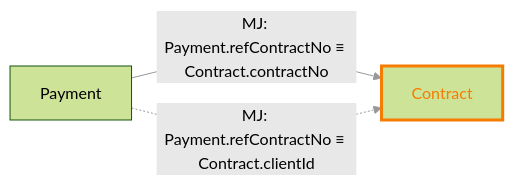
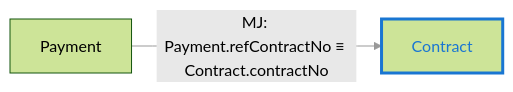
Before and after one commit to LIngcheng-zeng/classRelation: the seventh of 9 diagrams in classRelationTestCode.md, drawn with Mermaid (forest theme). The commit also changed other lines of this file and 1 other file, not shown here.

````diff
--- a/classRelationTestCode.md
+++ b/classRelationTestCode.md
@@ -89,9 +86,8 @@
 ```mermaid
 flowchart LR
     linkStyle default stroke:#999,stroke-width:1px
     Payment -->|"MJ: Payment.refContractNo ≡ Contract.contractNo"| Contract:::readRel
-    Payment -.->|"MJ: Payment.refContractNo ≡ Contract.clientId"| Contract:::writeRel
     classDef readRel stroke:#1976d2,stroke-width:3px,color:#1976d2
     classDef writeRel stroke:#f57c00,stroke-width:3px,color:#f57c00
     classDef inheritRel stroke:#388e3c,stroke-width:3px,color:#388e3c
 ```
````
